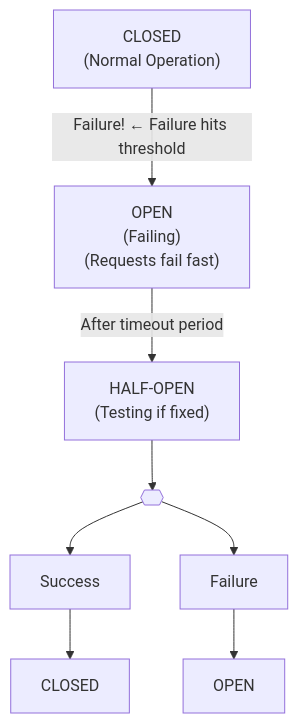
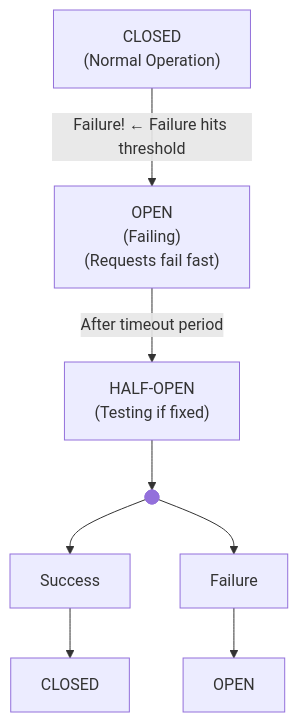
Before and after one commit to Nautomation-Prime/nautomation-prime.github.io: the diagram in docs/tutorials/expert/circuit-breakers-backpressure-network-automation.md, drawn with Mermaid.

Commit message:
Converted table to mermaid diagram

````diff
--- a/docs/tutorials/expert/circuit-breakers-backpressure-network-automation.md
+++ b/docs/tutorials/expert/circuit-breakers-backpressure-network-automation.md
@@ -39,14 +39,11 @@
 ```mermaid
-flowchart TD
-    A["CLOSED<br/>(Normal Operation)"]
-    B["OPEN<br/>(Failing)<br/>(Requests fail fast)"]
-    C["HALF-OPEN<br/>(Testing if fixed)"]
-    J{{ }}
-    S["Success"]
-    F["Failure"]
-    A2["CLOSED"]
-    B2["OPEN"]
-    A -->|Failure! ← Failure hits threshold|B -->|After timeout period|C --> J
-    J --> S --> A2
-    J --> F --> B2
+flowchart TB
+    A["CLOSED<br>(Normal Operation)"] -- Failure! ← Failure hits threshold --> B["OPEN<br>(Failing)<br>(Requests fail fast)"]
+    B -- After timeout period --> C["HALF-OPEN<br>(Testing if fixed)"]
+    C --> J[" "]
+    J --> S["Success"] & F["Failure"]
+    S --> A2["CLOSED"]
+    F --> B2["OPEN"]
+
+    J@{ shape: f-circ}
 ```
````
